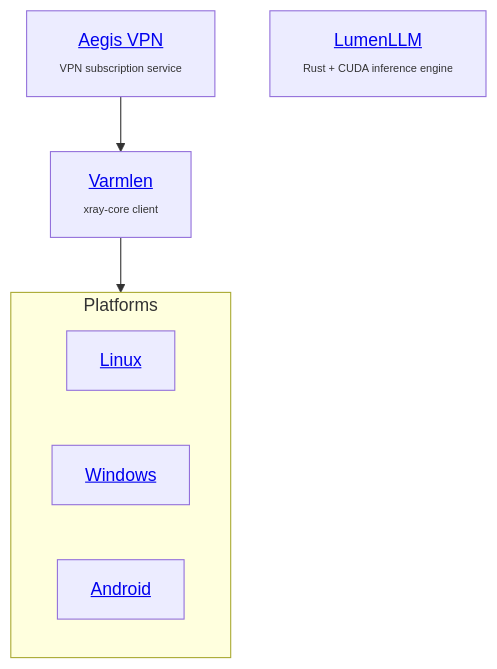
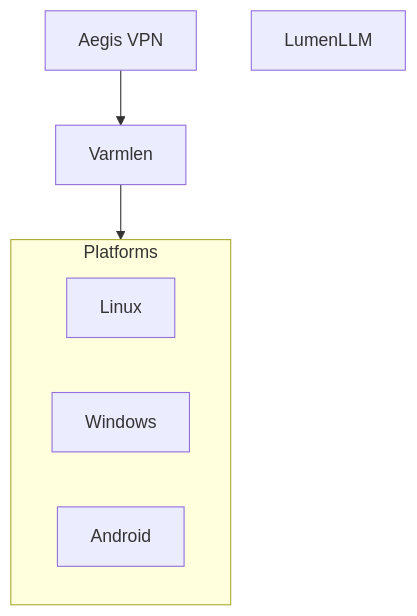
Before and after one commit to Vemloir/Vemloir: the diagram in README.md, drawn with Mermaid.

Commit message:
Use Mermaid click directives for links instead of embedded HTML

````diff
--- a/README.md
+++ b/README.md
@@ -1,18 +1,20 @@
 ```mermaid
 graph TD;
-AegisVPN --> Varmlen
+AegisVPN[Aegis VPN] --> Varmlen[Varmlen]
 Varmlen --> platforms
 
 subgraph platforms[Platforms]
     VarmlenLinux[Linux]
     VarmlenWindows[Windows]
     VarmlenAndroid[Android]
 end
 
-AegisVPN["<a href='https://github.com/Vemloir/AegisVPN'>Aegis VPN</a><br/><span style='font-size:10px;'>VPN subscription service</span>"];
-Varmlen["<a href='https://github.com/Vemloir/Varmlen-Client-Linux'>Varmlen</a><br/><span style='font-size:10px;'>xray-core client</span>"];
-VarmlenLinux["<a href='https://github.com/Vemloir/Varmlen-Client-Linux'>Linux</a>"];
-VarmlenWindows["<a href='https://github.com/Vemloir/Varmlen-Client-Windows'>Windows</a>"];
-VarmlenAndroid["<a href='https://github.com/Vemloir/Varmlen-Client-Android'>Android</a>"];
-LumenLLM["<a href='https://github.com/Vemloir/LumenLLM'>LumenLLM</a><br/><span style='font-size:10px;'>Rust + CUDA inference engine</span>"];
+LumenLLM[LumenLLM]
+
+click AegisVPN "https://github.com/Vemloir/AegisVPN" "Aegis VPN — VPN subscription service"
+click Varmlen "https://github.com/Vemloir/Varmlen-Client-Linux" "Varmlen — xray-core client"
+click VarmlenLinux "https://github.com/Vemloir/Varmlen-Client-Linux" "Linux"
+click VarmlenWindows "https://github.com/Vemloir/Varmlen-Client-Windows" "Windows"
+click VarmlenAndroid "https://github.com/Vemloir/Varmlen-Client-Android" "Android"
+click LumenLLM "https://github.com/Vemloir/LumenLLM" "LumenLLM — Rust + CUDA inference engine"
 ```
````
